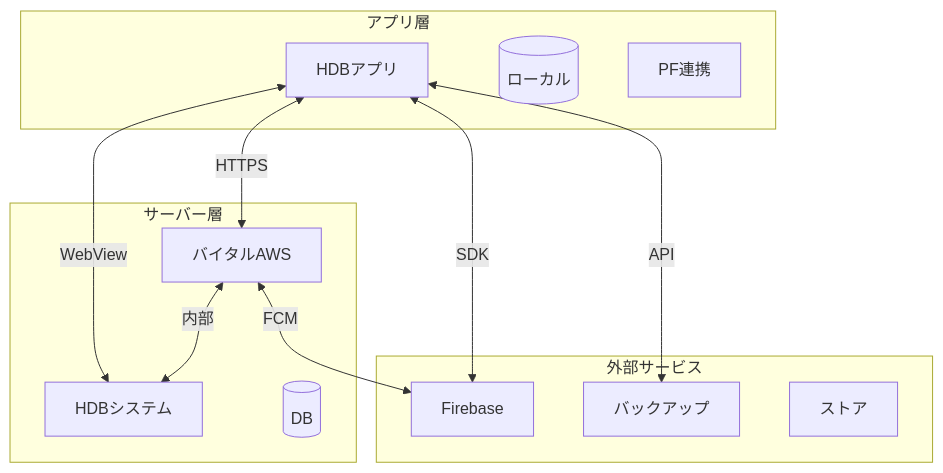
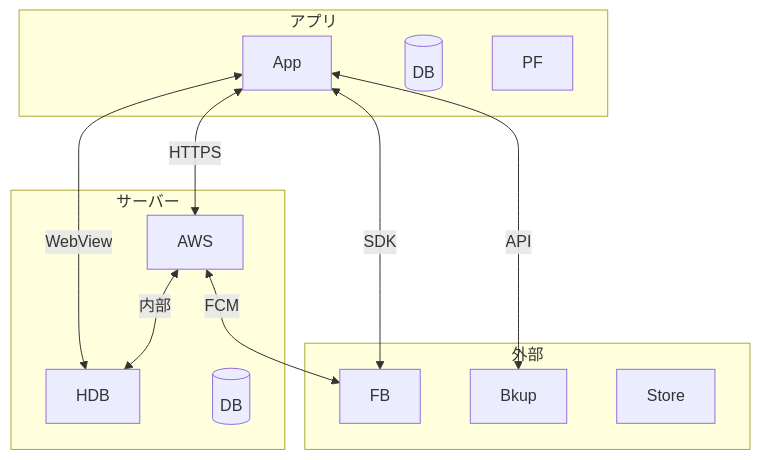
One commit to sasaibu/hdb changed the first of 4 diagrams in doc/設計資料/連携処理方式概要設計書.md. Above: the diagram before and after it, drawn with Mermaid. The commit also changed other lines of this file, not shown here.

````diff
--- a/doc/設計資料/連携処理方式概要設計書.md
+++ b/doc/設計資料/連携処理方式概要設計書.md
@@ -14,27 +5,27 @@
 ```mermaid
 graph TB
-    subgraph "アプリ層"
-        APP[HDBアプリ]
-        LOCAL[(ローカル)]
-        PLATFORM[PF連携]
+    subgraph "アプリ"
+        A[App]
+        L[(DB)]
+        P[PF]
     end
     
-    subgraph "サーバー層"
-        API[バイタルAWS]
-        HDB[HDBシステム]
-        DB[(DB)]
+    subgraph "サーバー"
+        W[AWS]
+        H[HDB]
+        D[(DB)]
     end
     
-    subgraph "外部サービス"
-        FIREBASE[Firebase]
-        BACKUP[バックアップ]
-        STORE[ストア]
+    subgraph "外部"
+        F[FB]
+        B[Bkup]
+        S[Store]
     end
     
-    APP <-->|HTTPS| API
-    APP <-->|WebView| HDB
-    APP <-->|SDK| FIREBASE
-    APP <-->|API| BACKUP
-    API <-->|内部| HDB
-    API <-->|FCM| FIREBASE
+    A <-->|HTTPS| W
+    A <-->|WebView| H
+    A <-->|SDK| F
+    A <-->|API| B
+    W <-->|内部| H
+    W <-->|FCM| F
 ```
````
